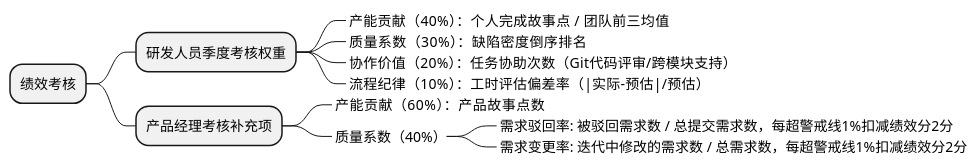
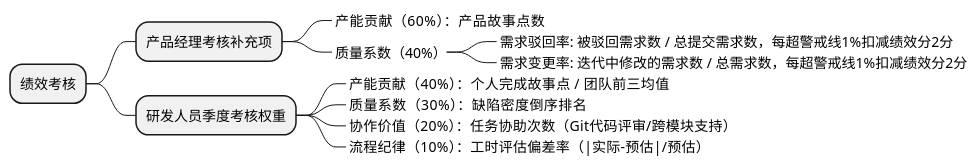
The second of 2 diagrams in source/_posts/business/scrum.md (holmofy/blog.hufeifei.cn), drawn with PlantUML before and after one commit.

````diff
--- a/source/_posts/business/scrum.md
+++ b/source/_posts/business/scrum.md
@@ -143,15 +143,15 @@
 ```plantuml
 @startmindmap
 * 绩效考核
-** 研发人员季度考核权重
-***_ 产能贡献（40%）：个人完成故事点 / 团队前三均值  
-***_ 质量系数（30%）：缺陷密度倒序排名  
-***_ 协作价值（20%）：任务协助次数（Git代码评审/跨模块支持）  
-***_ 流程纪律（10%）：工时评估偏差率（|实际-预估|/预估）  
 ** 产品经理考核补充项
 ***_ 产能贡献（60%）：产品故事点数
 ***_ 质量系数（40%）
 ****_ 需求驳回率: 被驳回需求数 / 总提交需求数，每超警戒线1%扣减绩效分2分
 ****_ 需求变更率: 迭代中修改的需求数 / 总需求数，每超警戒线1%扣减绩效分2分
+** 研发人员季度考核权重
+***_ 产能贡献（40%）：个人完成故事点 / 团队前三均值  
+***_ 质量系数（30%）：缺陷密度倒序排名  
+***_ 协作价值（20%）：任务协助次数（Git代码评审/跨模块支持）  
+***_ 流程纪律（10%）：工时评估偏差率（|实际-预估|/预估）
 @endmindmap
 ```
````
